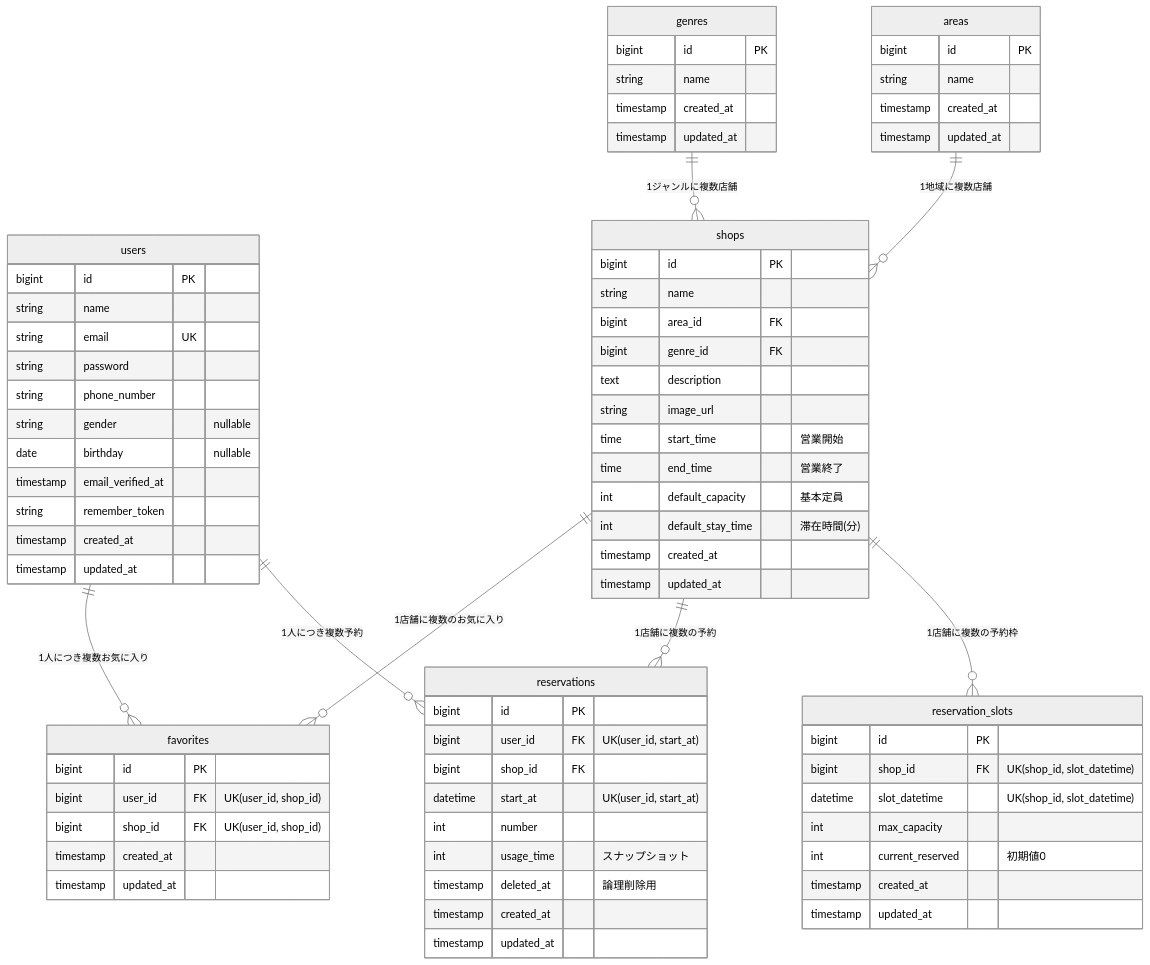
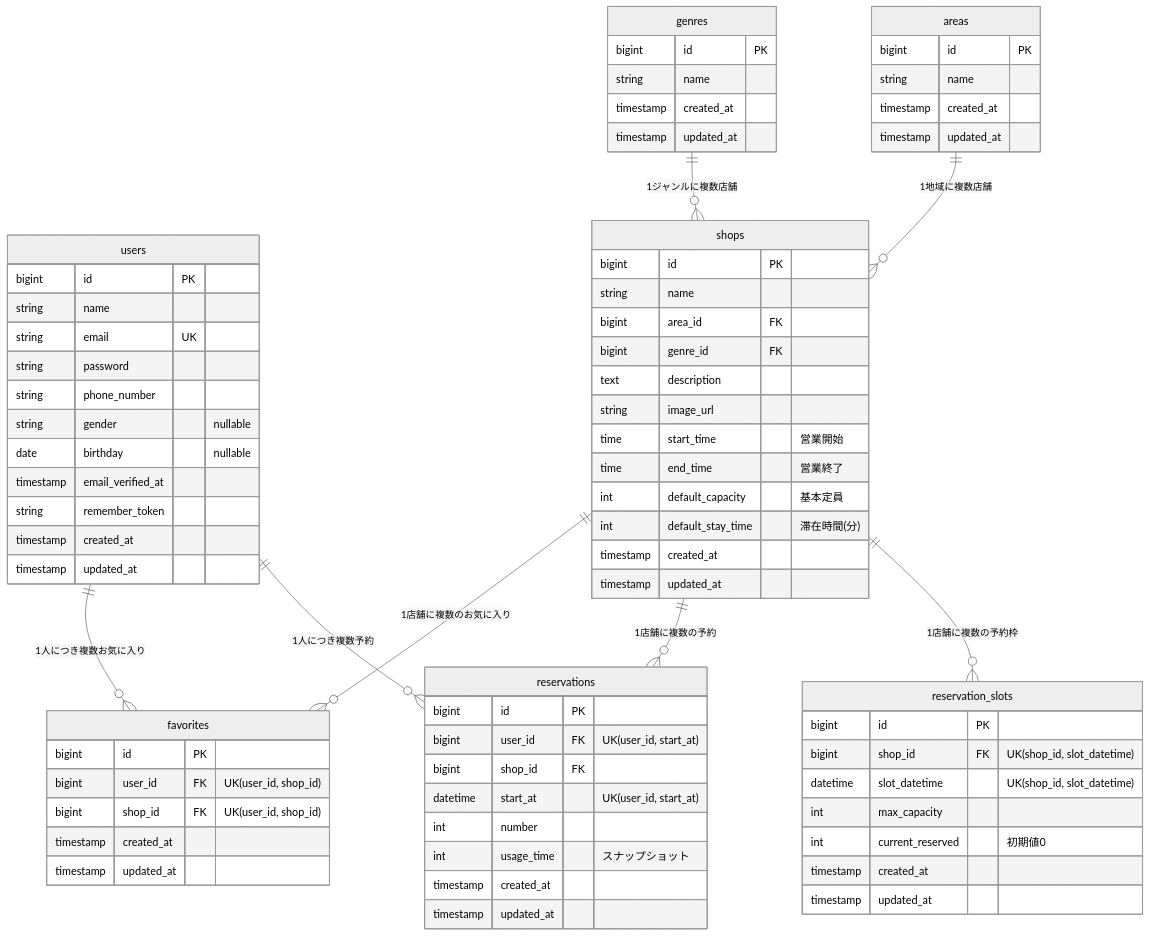
Before and after one commit to yoshi-bell/lara-next-reserve: the diagram in docs-private/ER_DIAGRAM.md, drawn with Mermaid (neutral theme). The commit also changed 19 other files, not shown here.

```diff
--- a/docs-private/ER_DIAGRAM.md
+++ b/docs-private/ER_DIAGRAM.md
@@ -72,7 +72,6 @@
         datetime start_at "UK(user_id, start_at)"
         int number
         int usage_time "スナップショット"
-        timestamp deleted_at "論理削除用"
         timestamp created_at
         timestamp updated_at
     }
```
